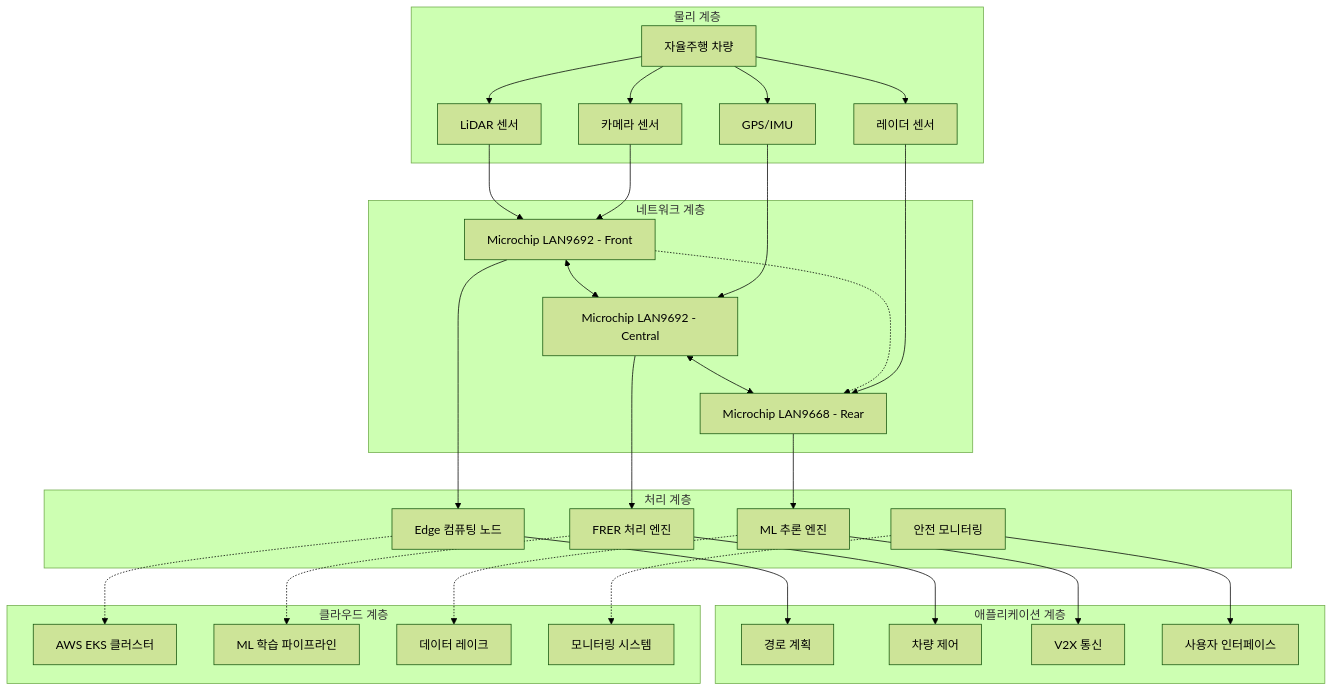
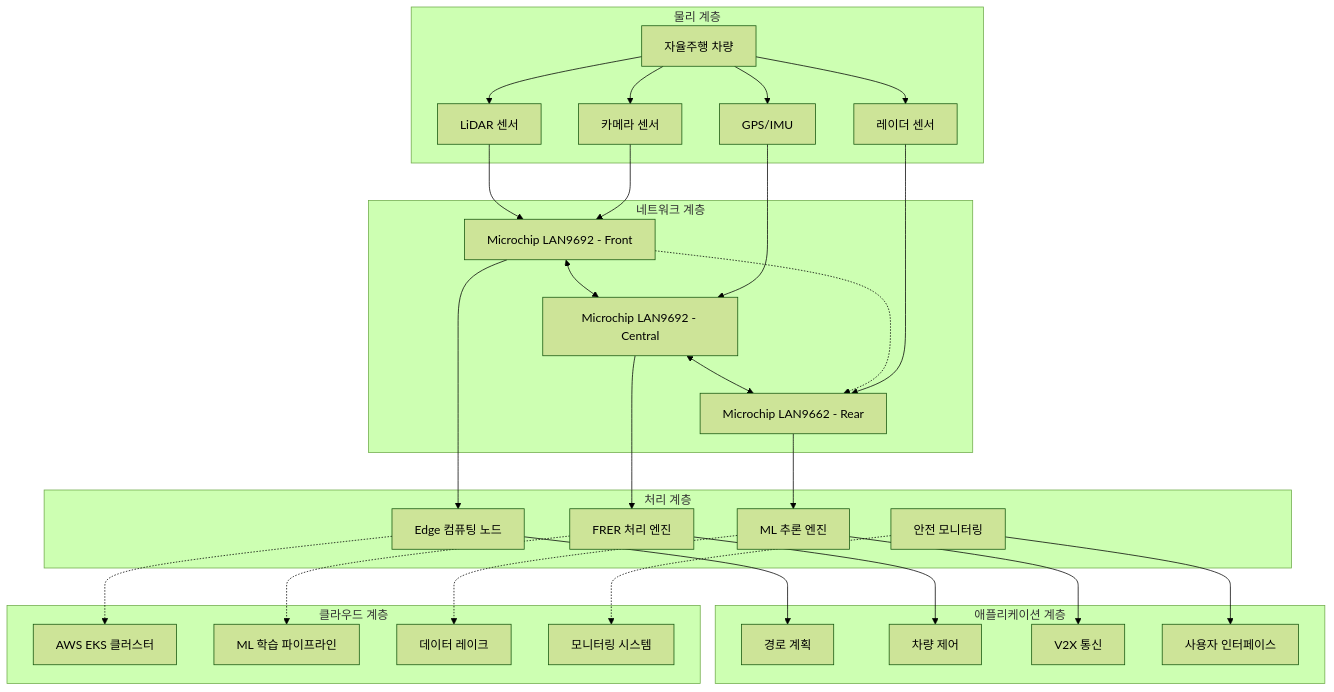
The diagram in docs/ko/architecture.md (hwkim3330/a2z), drawn with Mermaid (forest theme) before and after one commit. The commit also changed other lines of this file and 24 other files, not shown here.

````diff
--- a/docs/ko/architecture.md
+++ b/docs/ko/architecture.md
@@ -28,65 +28,65 @@
 ```mermaid
 graph TB
     subgraph "물리 계층"
         V[자율주행 차량]
         S1[LiDAR 센서]
         S2[카메라 센서]
         S3[레이더 센서]
         S4[GPS/IMU]
     end
     
     subgraph "네트워크 계층"
         T1[Microchip LAN9692 - Front]
         T2[Microchip LAN9692 - Central]
-        T3[Microchip LAN9668 - Rear]
+        T3[Microchip LAN9662 - Rear]
         
         T1 <--> T2
         T2 <--> T3
         T1 -.-> T3
     end
     
     subgraph "처리 계층"
         E1[Edge 컴퓨팅 노드]
         E2[FRER 처리 엔진]
         E3[ML 추론 엔진]
         E4[안전 모니터링]
     end
     
     subgraph "애플리케이션 계층"
         A1[경로 계획]
         A2[차량 제어]
         A3[V2X 통신]
         A4[사용자 인터페이스]
     end
     
     subgraph "클라우드 계층"
         C1[AWS EKS 클러스터]
         C2[ML 학습 파이프라인]
         C3[데이터 레이크]
         C4[모니터링 시스템]
     end
     
     V --> S1
     V --> S2
     V --> S3
     V --> S4
     
     S1 --> T1
     S2 --> T1
     S3 --> T3
     S4 --> T2
     
     T1 --> E1
     T2 --> E2
     T3 --> E3
     
     E1 --> A1
     E2 --> A2
     E3 --> A3
     E4 --> A4
     
     E1 -.-> C1
     E2 -.-> C2
     E3 -.-> C3
     E4 -.-> C4
 ```
````
